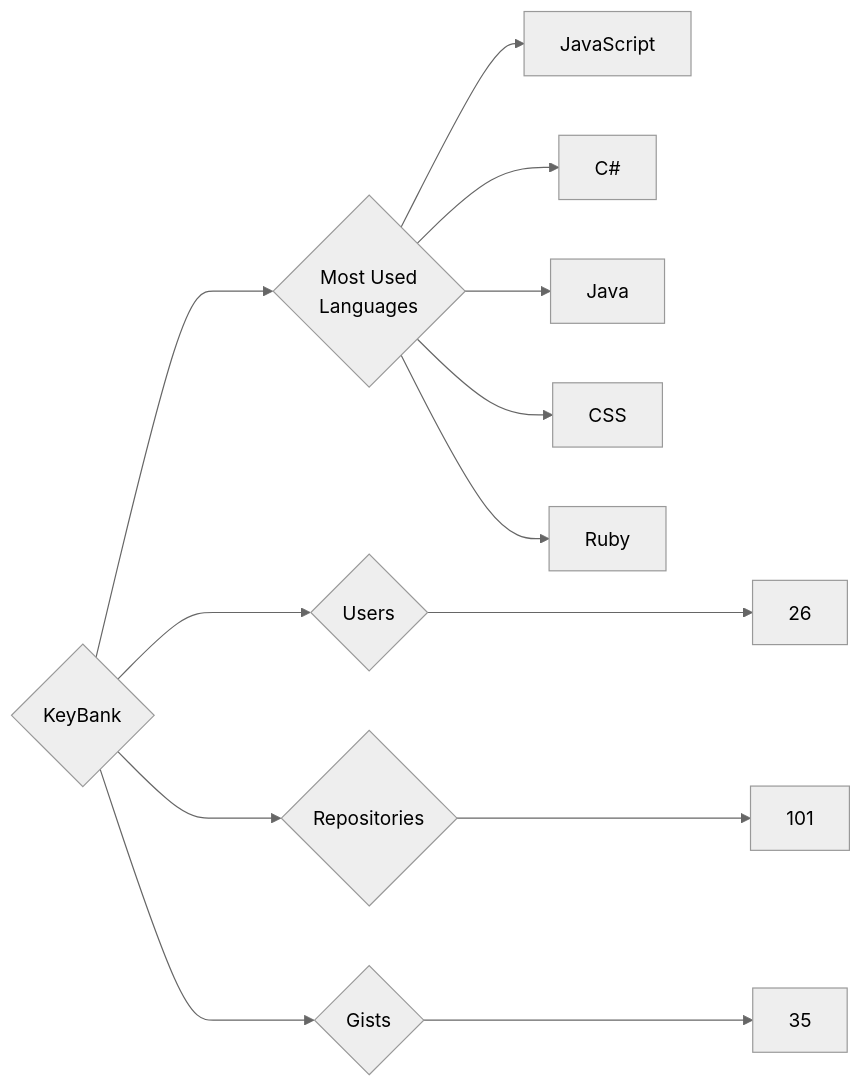
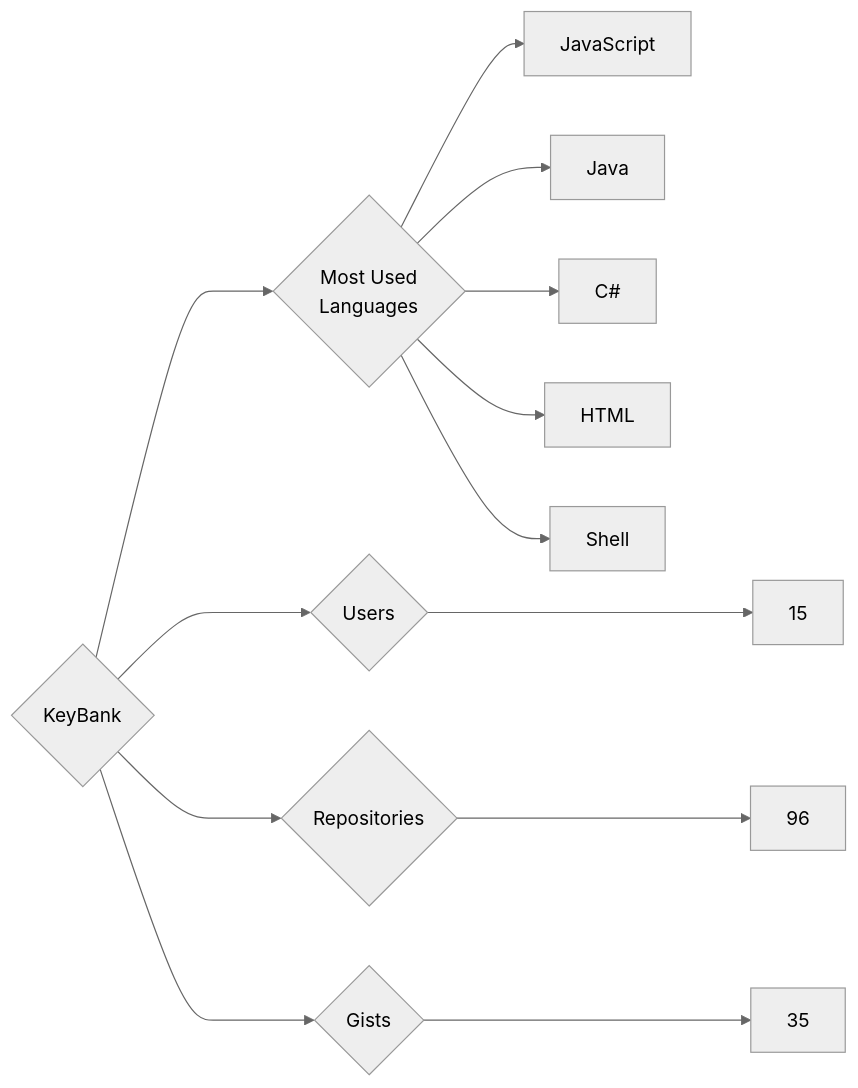
One commit to trickest/insiders changed the diagram in targets/KeyBank/README.md. Above: the diagram before and after it, drawn with Mermaid (neutral theme). The commit also changed 951 other files, not shown here.

````diff
--- a/targets/KeyBank/README.md
+++ b/targets/KeyBank/README.md
@@ -3,13 +3,13 @@
 ```mermaid
 graph LR
 COMPANY_NAME{KeyBank}
-COMPANY_NAME ---> U{Users} ---> UN[26]
-COMPANY_NAME ---> R{Repositories} ---> RN[101]
+COMPANY_NAME ---> U{Users} ---> UN[15]
+COMPANY_NAME ---> R{Repositories} ---> RN[96]
 COMPANY_NAME ---> G{Gists} ---> GN[35]
 COMPANY_NAME ---> ML{Most Used<br>Languages}
 ML --> JavaScript[JavaScript]
+ML --> Java[Java]
 ML --> C#[C#]
-ML --> Java[Java]
-ML --> CSS[CSS]
-ML --> Ruby[Ruby]
+ML --> HTML[HTML]
+ML --> Shell[Shell]
 ```
````
